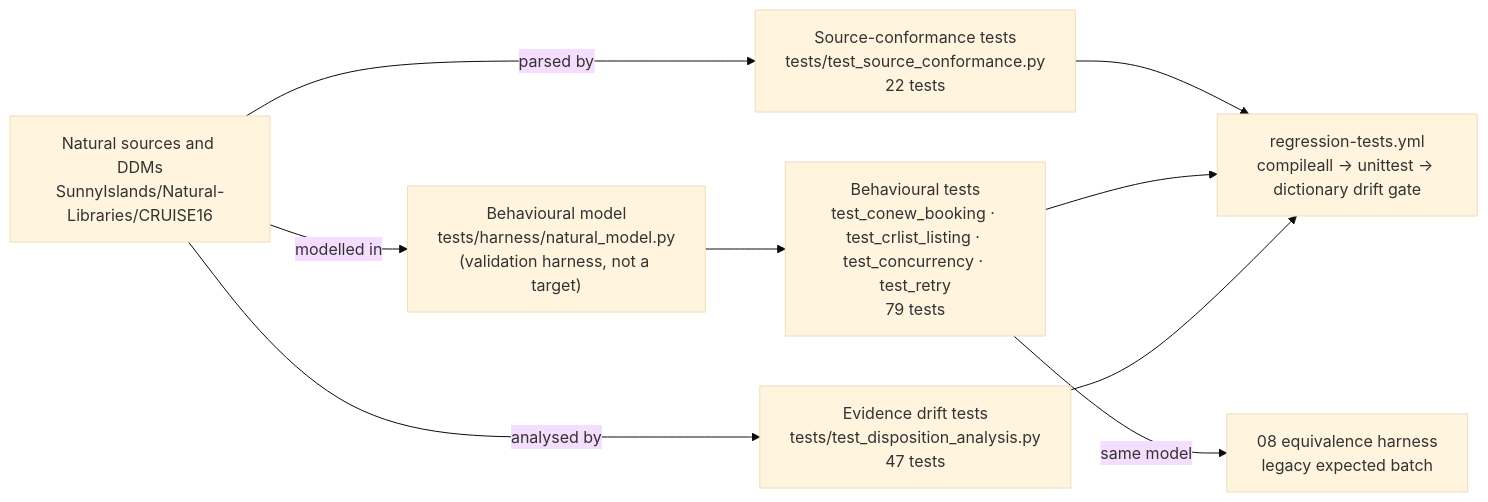
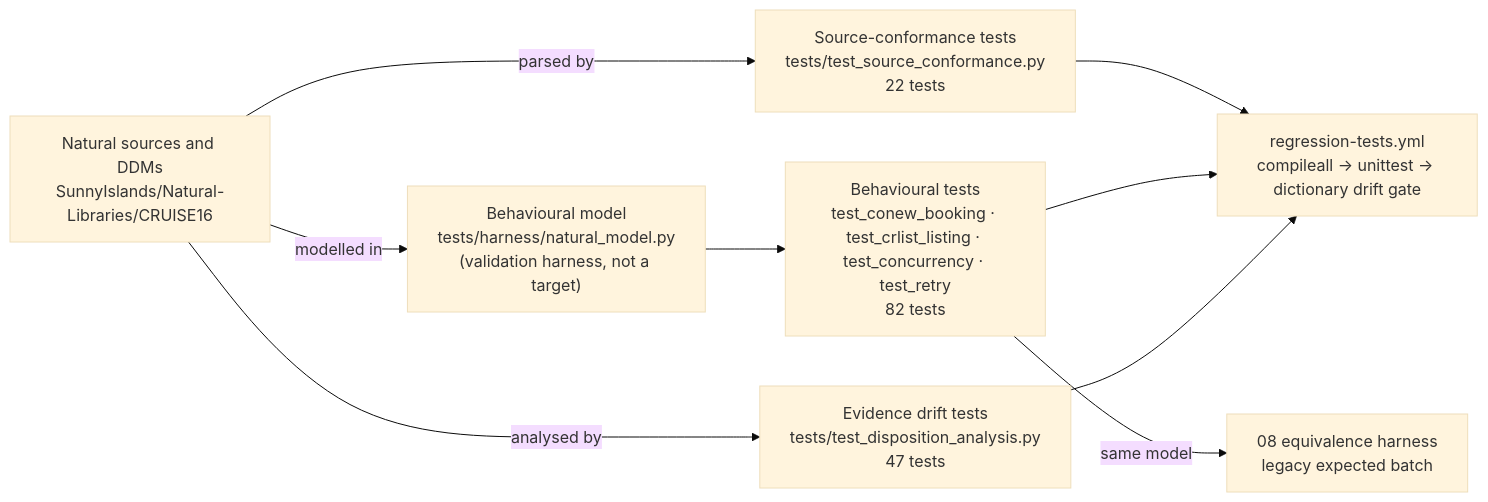
The diagram in fpps-hcm-modernization-deliverable/09-unit-test-regression-jcl-runcompare/test-generation-approach.md (COG-GTM/ADABAS-natural-for-ajax-devops-sample-application), drawn with Mermaid (base theme) before and after one commit. The commit also changed other lines of this file and 6 other files, not shown here.

````diff
--- a/fpps-hcm-modernization-deliverable/09-unit-test-regression-jcl-runcompare/test-generation-approach.md
+++ b/fpps-hcm-modernization-deliverable/09-unit-test-regression-jcl-runcompare/test-generation-approach.md
@@ -35,9 +35,9 @@
 ```mermaid
 flowchart LR
     SRC["Natural sources and DDMs<br/>SunnyIslands/Natural-Libraries/CRUISE16"] -->|"parsed by"| CONF["Source-conformance tests<br/>tests/test_source_conformance.py<br/>22 tests"]
     SRC -->|"modelled in"| MODEL["Behavioural model<br/>tests/harness/natural_model.py<br/>(validation harness, not a target)"]
-    MODEL --> BEH["Behavioural tests<br/>test_conew_booking · test_crlist_listing · test_concurrency · test_retry<br/>79 tests"]
+    MODEL --> BEH["Behavioural tests<br/>test_conew_booking · test_crlist_listing · test_concurrency · test_retry<br/>82 tests"]
     SRC -->|"analysed by"| DISP["Evidence drift tests<br/>tests/test_disposition_analysis.py<br/>47 tests"]
     CONF & BEH & DISP --> CI["regression-tests.yml<br/>compileall → unittest → dictionary drift gate"]
     BEH -->|"same model"| EQ["08 equivalence harness<br/>legacy expected batch"]
 ```
````
